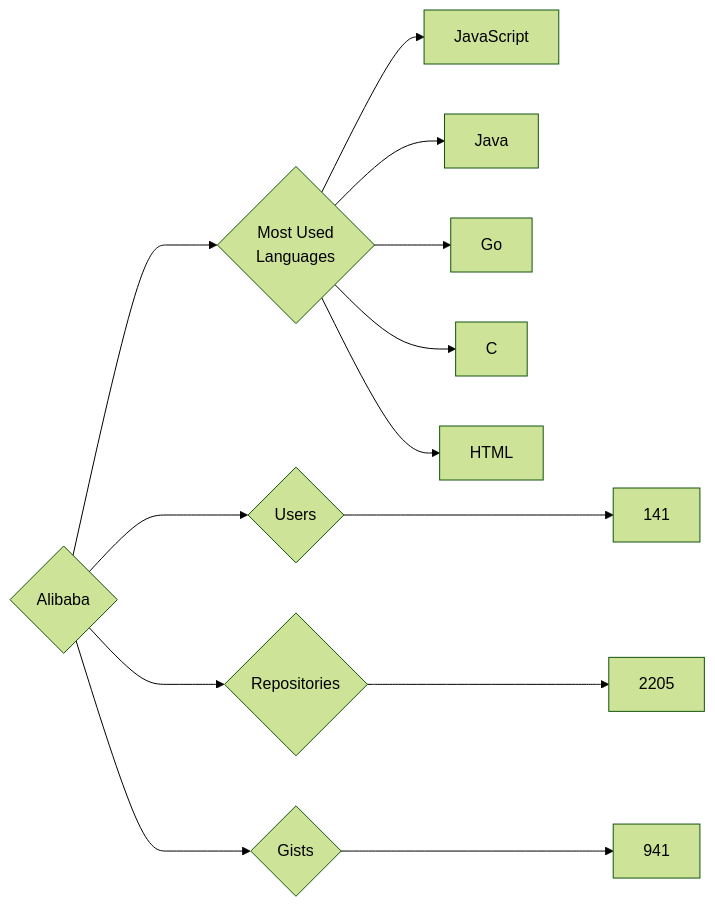
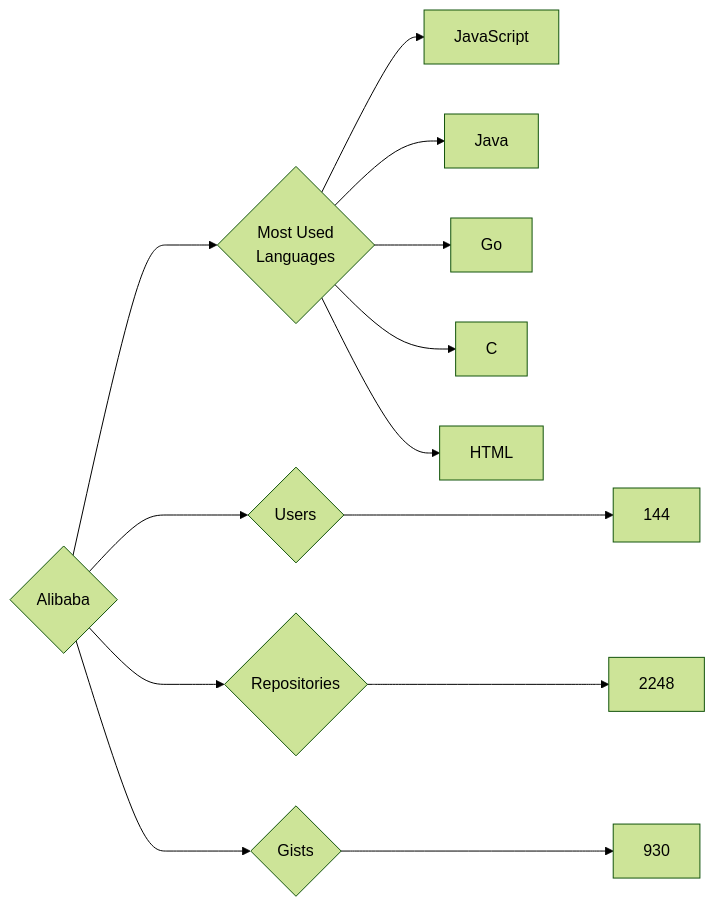
The diagram in targets/Alibaba/README.md (trickest/insiders), drawn with Mermaid (forest theme) before and after one commit. The commit also changed 1030 other files, not shown here.

````diff
--- a/targets/Alibaba/README.md
+++ b/targets/Alibaba/README.md
@@ -3,13 +3,13 @@
 ```mermaid
 graph LR
 COMPANY_NAME{Alibaba}
-COMPANY_NAME ---> U{Users} ---> UN[141]
-COMPANY_NAME ---> R{Repositories} ---> RN[2205]
-COMPANY_NAME ---> G{Gists} ---> GN[941]
+COMPANY_NAME ---> U{Users} ---> UN[144]
+COMPANY_NAME ---> R{Repositories} ---> RN[2248]
+COMPANY_NAME ---> G{Gists} ---> GN[930]
 COMPANY_NAME ---> ML{Most Used<br>Languages}
 ML --> JavaScript[JavaScript]
 ML --> Java[Java]
 ML --> Go[Go]
 ML --> C[C]
 ML --> HTML[HTML]
 ```
````
